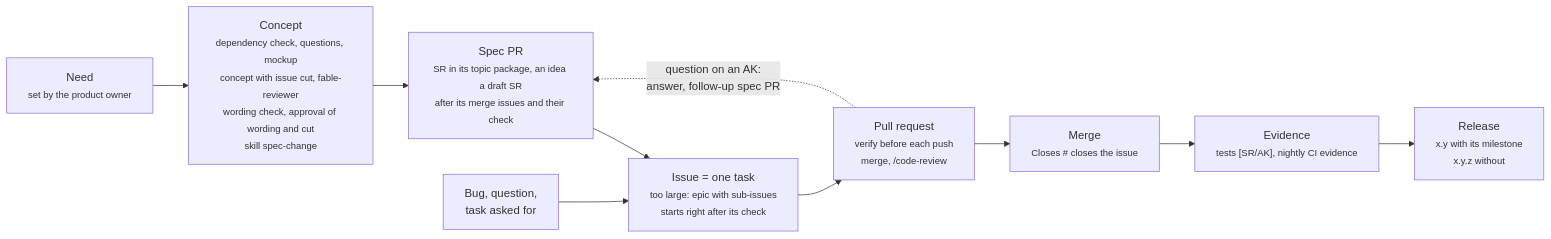
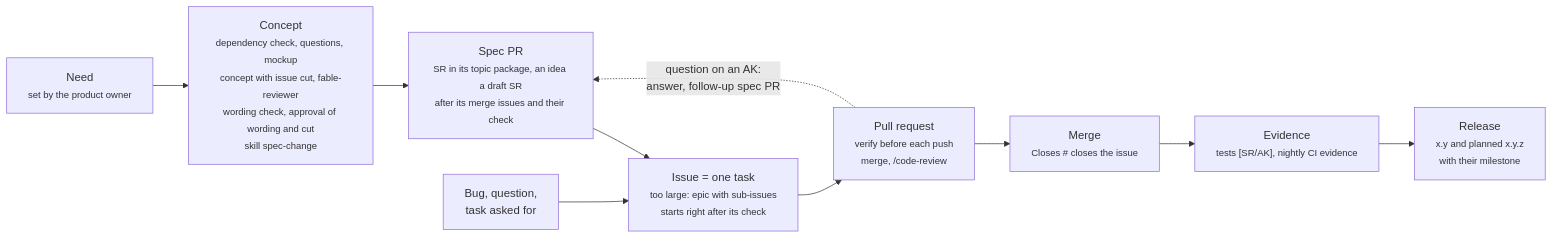
The first of 2 diagrams in docs/process.md (ThomasBirkmaier/ReqSeq), drawn with Mermaid before and after one commit. The commit also changed other lines of this file and 6 other files, not shown here.

````diff
--- a/docs/process.md
+++ b/docs/process.md
@@ -5,17 +5,17 @@
 ```mermaid
 flowchart LR
   need["Need<br/><small>set by the product owner</small>"]
   concept["Concept<br/><small>dependency check, questions, mockup<br/>concept with issue cut, fable-reviewer<br/>wording check, approval of wording and cut<br/>skill spec-change</small>"]
   specpr["Spec PR<br/><small>SR in its topic package, an idea a draft SR<br/>after its merge issues and their check</small>"]
   entry["Bug, question,<br/>task asked for"]
   issue["Issue = one task<br/><small>too large: epic with sub-issues<br/>starts right after its check</small>"]
   pr["Pull request<br/><small>verify before each push<br/>merge, /code-review</small>"]
   merged["Merge<br/><small>Closes # closes the issue</small>"]
   evidence["Evidence<br/><small>tests [SR/AK], nightly CI evidence</small>"]
-  release["Release<br/><small>x.y with its milestone<br/>x.y.z without</small>"]
+  release["Release<br/><small>x.y and planned x.y.z<br/>with their milestone</small>"]
 
   need --> concept --> specpr --> issue
   entry --> issue
   issue --> pr --> merged --> evidence --> release
   pr -. "question on an AK:<br/>answer, follow-up spec PR" .-> specpr
 ```
````
